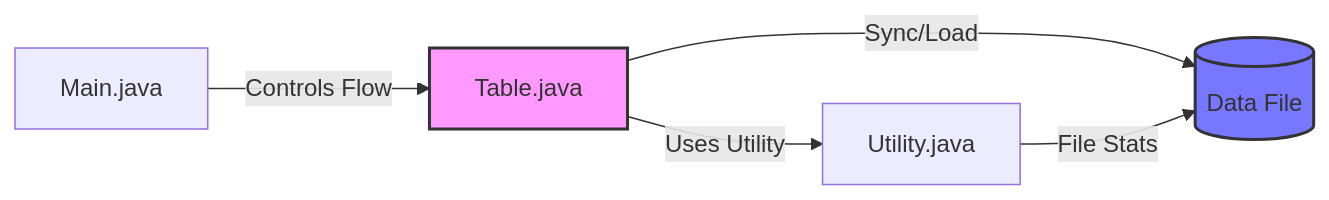
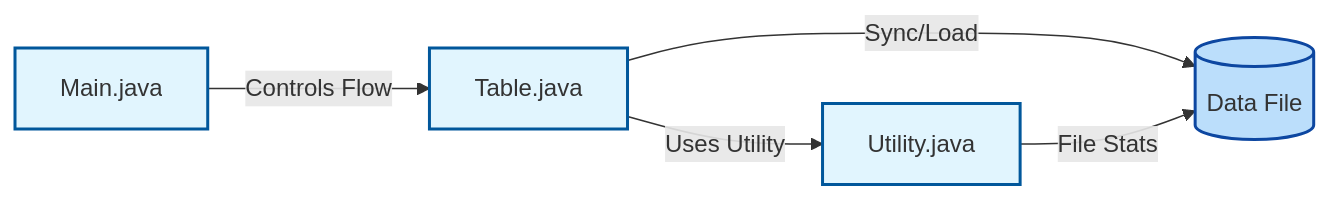
One commit to AliFuatAkyemis/csvSQL changed the diagram in README.md. Above: the diagram before and after it, drawn with Mermaid.

Commit message:
docs: Update Mermaid diagram node styling in README.md.

````diff
--- a/README.md
+++ b/README.md
@@ -68,10 +68,12 @@
 ```mermaid
 graph LR
     A[Main.java] -- "Controls Flow" --> B[Table.java]
     B -- "Uses Utility" --> C[Utility.java]
     B -- "Sync/Load" --> D[(Data File)]
     C -- "File Stats" --> D
     
-    style B fill:#f9f,stroke:#333,stroke-width:2px
-    style D fill:#77f,stroke:#333,stroke-width:2px
+    style A fill:#e1f5fe,stroke:#01579b,stroke-width:2px
+    style B fill:#e1f5fe,stroke:#01579b,stroke-width:2px
+    style C fill:#e1f5fe,stroke:#01579b,stroke-width:2px
+    style D fill:#bbdefb,stroke:#0d47a1,stroke-width:2px
 ```
````
